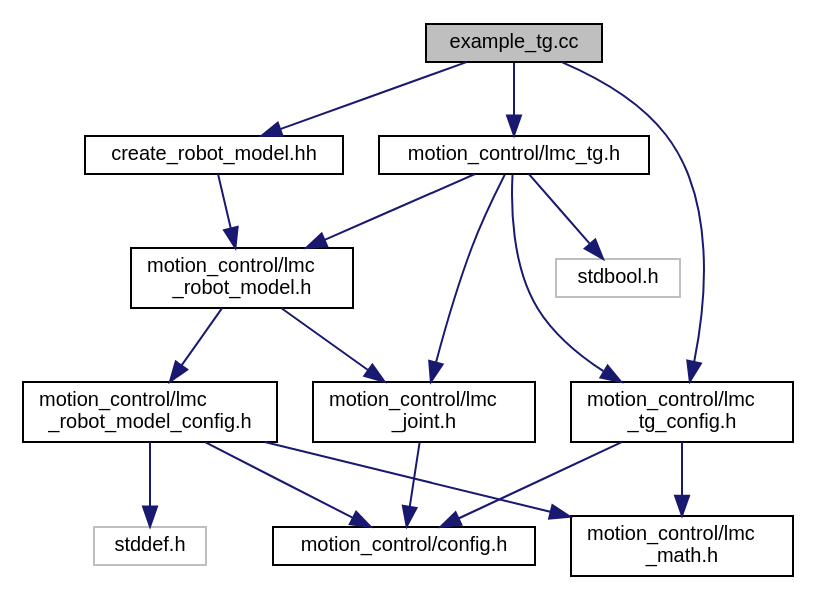
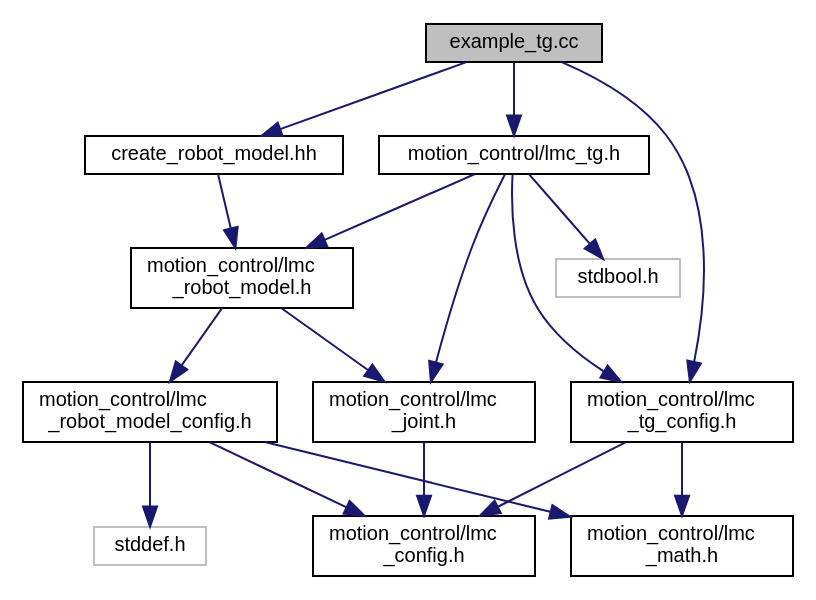
Before and after one commit to lebai-robotics/lmc_output: the diagram in example__tg_8cc__incl.dot, drawn with Graphviz. The commit also changed 165 other files, not shown here.

```diff
--- a/example__tg_8cc__incl.dot
+++ b/example__tg_8cc__incl.dot
@@ -1,32 +1,32 @@
 digraph "example_tg.cc"
 {
   edge [fontname="Helvetica",fontsize="10",labelfontname="Helvetica",labelfontsize="10"];
   node [fontname="Helvetica",fontsize="10",shape=record];
   Node1 [label="example_tg.cc",height=0.2,width=0.4,color="black", fillcolor="grey75", style="filled", fontcolor="black"];
   Node1 -> Node2 [color="midnightblue",fontsize="10",style="solid",fontname="Helvetica"];
   Node2 [label="create_robot_model.hh",height=0.2,width=0.4,color="black", fillcolor="white", style="filled",URL="$create__robot__model_8hh.html",tooltip="create robot model function. "];
   Node2 -> Node3 [color="midnightblue",fontsize="10",style="solid",fontname="Helvetica"];
   Node3 [label="motion_control/lmc\l_robot_model.h",height=0.2,width=0.4,color="black", fillcolor="white", style="filled",URL="$lmc__robot__model_8h.html",tooltip="Robot model related data structures and functions. "];
   Node3 -> Node4 [color="midnightblue",fontsize="10",style="solid",fontname="Helvetica"];
   Node4 [label="motion_control/lmc\l_robot_model_config.h",height=0.2,width=0.4,color="black", fillcolor="white", style="filled",URL="$lmc__robot__model__config_8h.html",tooltip="Robot model config related data structures. "];
   Node4 -> Node5 [color="midnightblue",fontsize="10",style="solid",fontname="Helvetica"];
   Node5 [label="stddef.h",height=0.2,width=0.4,color="grey75", fillcolor="white", style="filled"];
   Node4 -> Node6 [color="midnightblue",fontsize="10",style="solid",fontname="Helvetica"];
-  Node6 [label="motion_control/config.h",height=0.2,width=0.4,color="black", fillcolor="white", style="filled",URL="$config_8h.html",tooltip="Global configuration macro. "];
+  Node6 [label="motion_control/lmc\l_config.h",height=0.2,width=0.4,color="black", fillcolor="white", style="filled",URL="$lmc__config_8h.html",tooltip="Global configuration macro. "];
   Node4 -> Node7 [color="midnightblue",fontsize="10",style="solid",fontname="Helvetica"];
   Node7 [label="motion_control/lmc\l_math.h",height=0.2,width=0.4,color="black", fillcolor="white", style="filled",URL="$lmc__math_8h.html",tooltip="Basic math data structure definitions and functions. "];
   Node3 -> Node8 [color="midnightblue",fontsize="10",style="solid",fontname="Helvetica"];
   Node8 [label="motion_control/lmc\l_joint.h",height=0.2,width=0.4,color="black", fillcolor="white", style="filled",URL="$lmc__joint_8h.html",tooltip="Joint related data structure. "];
   Node8 -> Node6 [color="midnightblue",fontsize="10",style="solid",fontname="Helvetica"];
   Node1 -> Node9 [color="midnightblue",fontsize="10",style="solid",fontname="Helvetica"];
   Node9 [label="motion_control/lmc\l_tg_config.h",height=0.2,width=0.4,color="black", fillcolor="white", style="filled",URL="$lmc__tg__config_8h.html",tooltip="Trajectory generator configuration data structure. "];
   Node9 -> Node6 [color="midnightblue",fontsize="10",style="solid",fontname="Helvetica"];
   Node9 -> Node7 [color="midnightblue",fontsize="10",style="solid",fontname="Helvetica"];
   Node1 -> Node10 [color="midnightblue",fontsize="10",style="solid",fontname="Helvetica"];
   Node10 [label="motion_control/lmc_tg.h",height=0.2,width=0.4,color="black", fillcolor="white", style="filled",URL="$lmc__tg_8h.html",tooltip="Trajectory generator related data structures and functions. "];
   Node10 -> Node3 [color="midnightblue",fontsize="10",style="solid",fontname="Helvetica"];
   Node10 -> Node8 [color="midnightblue",fontsize="10",style="solid",fontname="Helvetica"];
   Node10 -> Node9 [color="midnightblue",fontsize="10",style="solid",fontname="Helvetica"];
   Node10 -> Node11 [color="midnightblue",fontsize="10",style="solid",fontname="Helvetica"];
   Node11 [label="stdbool.h",height=0.2,width=0.4,color="grey75", fillcolor="white", style="filled"];
 }
```
